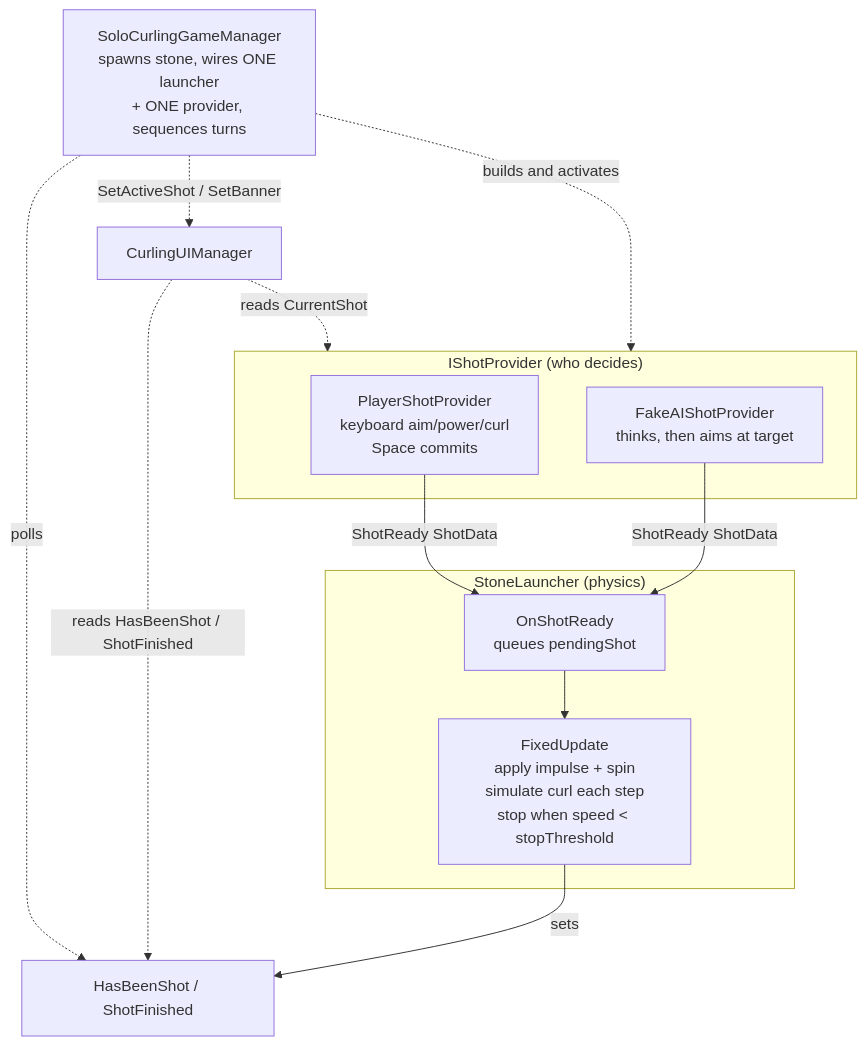
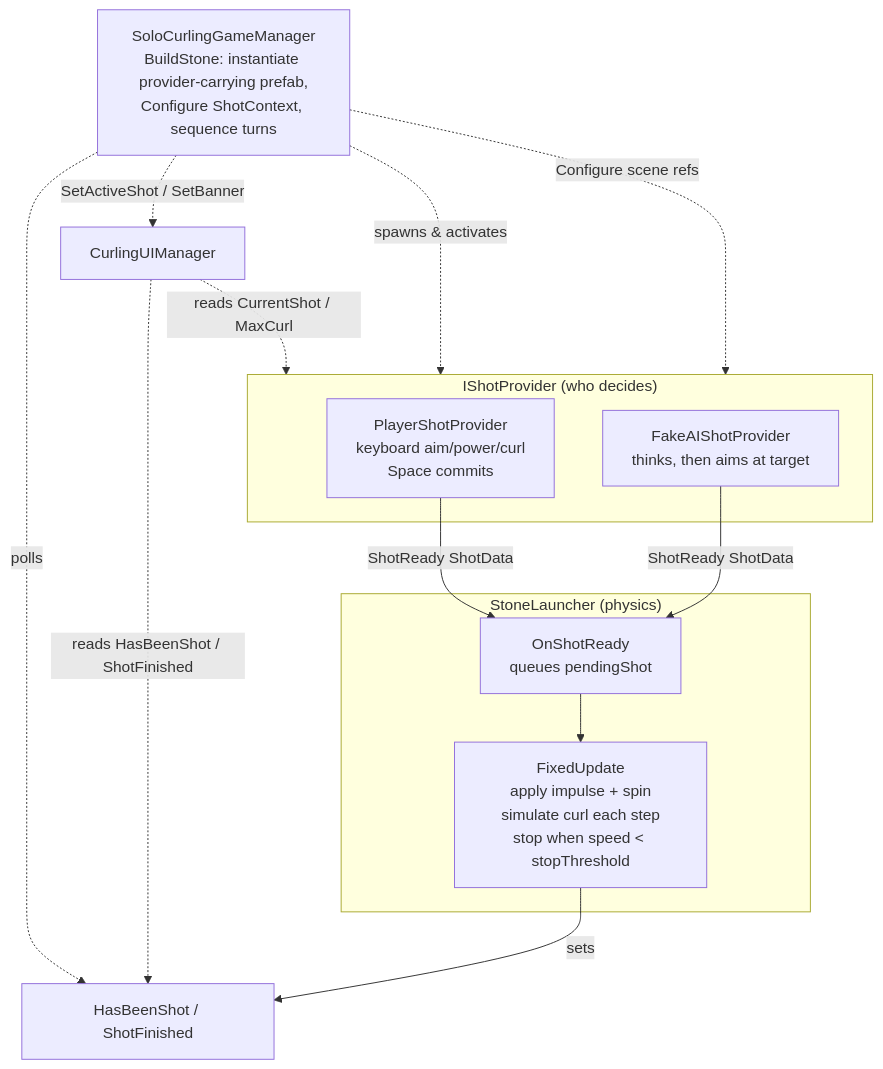
Before and after one commit to mickaelbressieux/CSM: the diagram in Assets/Scripts/CurlingRoundScript/README.md, drawn with Mermaid. The commit also changed other lines of this file and 20 other files, not shown here.

````diff
--- a/Assets/Scripts/CurlingRoundScript/README.md
+++ b/Assets/Scripts/CurlingRoundScript/README.md
@@ -51,27 +67,28 @@
 ```mermaid
 flowchart TD
     subgraph Providers["IShotProvider (who decides)"]
         P[PlayerShotProvider<br/>keyboard aim/power/curl<br/>Space commits]
         A[FakeAIShotProvider<br/>thinks, then aims at target]
     end
 
     P -->|ShotReady ShotData| L
     A -->|ShotReady ShotData| L
 
     subgraph Launcher["StoneLauncher (physics)"]
         L[OnShotReady<br/>queues pendingShot]
         F[FixedUpdate<br/>apply impulse + spin<br/>simulate curl each step<br/>stop when speed < stopThreshold]
         L --> F
     end
 
     F -->|sets| S[HasBeenShot / ShotFinished]
 
-    M[SoloCurlingGameManager<br/>spawns stone, wires ONE launcher<br/>+ ONE provider, sequences turns]
-    M -.->|builds and activates| Providers
+    M[SoloCurlingGameManager<br/>BuildStone: instantiate provider-carrying prefab,<br/>Configure ShotContext, sequence turns]
+    M -.->|spawns & activates| Providers
+    M -.->|Configure scene refs| Providers
     M -.->|polls| S
 
     U[CurlingUIManager]
-    U -.->|reads CurrentShot| Providers
+    U -.->|reads CurrentShot / MaxCurl| Providers
     U -.->|reads HasBeenShot / ShotFinished| S
     M -.->|SetActiveShot / SetBanner| U
 ```
````
